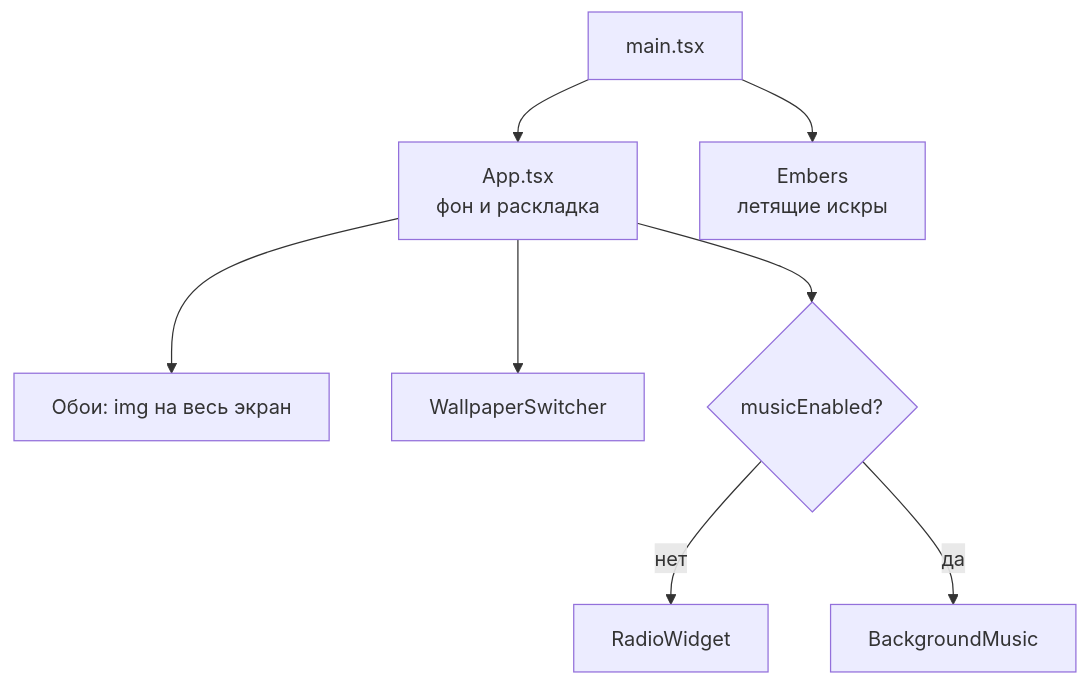
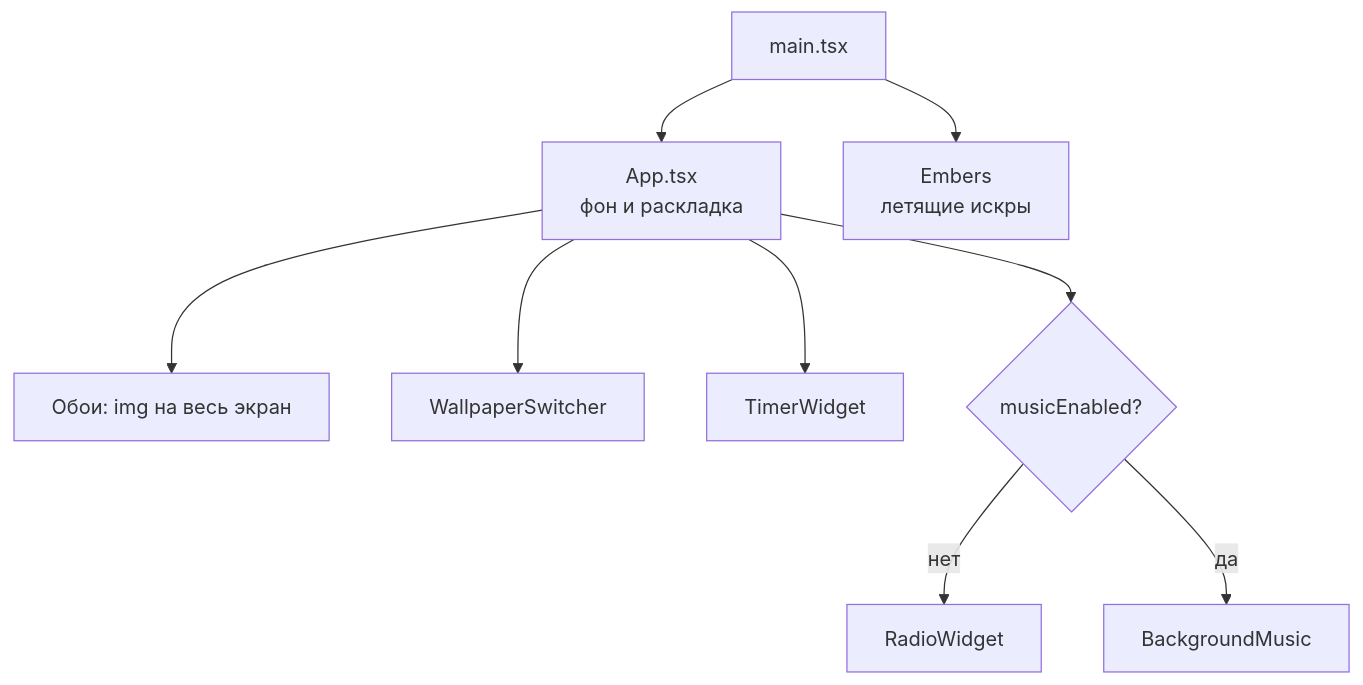
Before and after one commit to kagulion/tempo: the diagram in docs/widgets.md, drawn with Mermaid. The commit also changed other lines of this file and 13 other files, not shown here.

First line of the commit message:
feat: add pomodoro, countdown and stopwatch timer widget above radio

````diff
--- a/docs/widgets.md
+++ b/docs/widgets.md
@@ -7,10 +7,11 @@
 ```mermaid
 flowchart TD
     main[main.tsx] --> App[App.tsx<br/>фон и раскладка]
     main --> Embers[Embers<br/>летящие искры]
     App --> Img[Обои: img на весь экран]
     App --> WS[WallpaperSwitcher]
+    App --> TW[TimerWidget]
     App --> R{musicEnabled?}
     R -- нет --> RW[RadioWidget]
     R -- да --> BM[BackgroundMusic]
 ```
````
